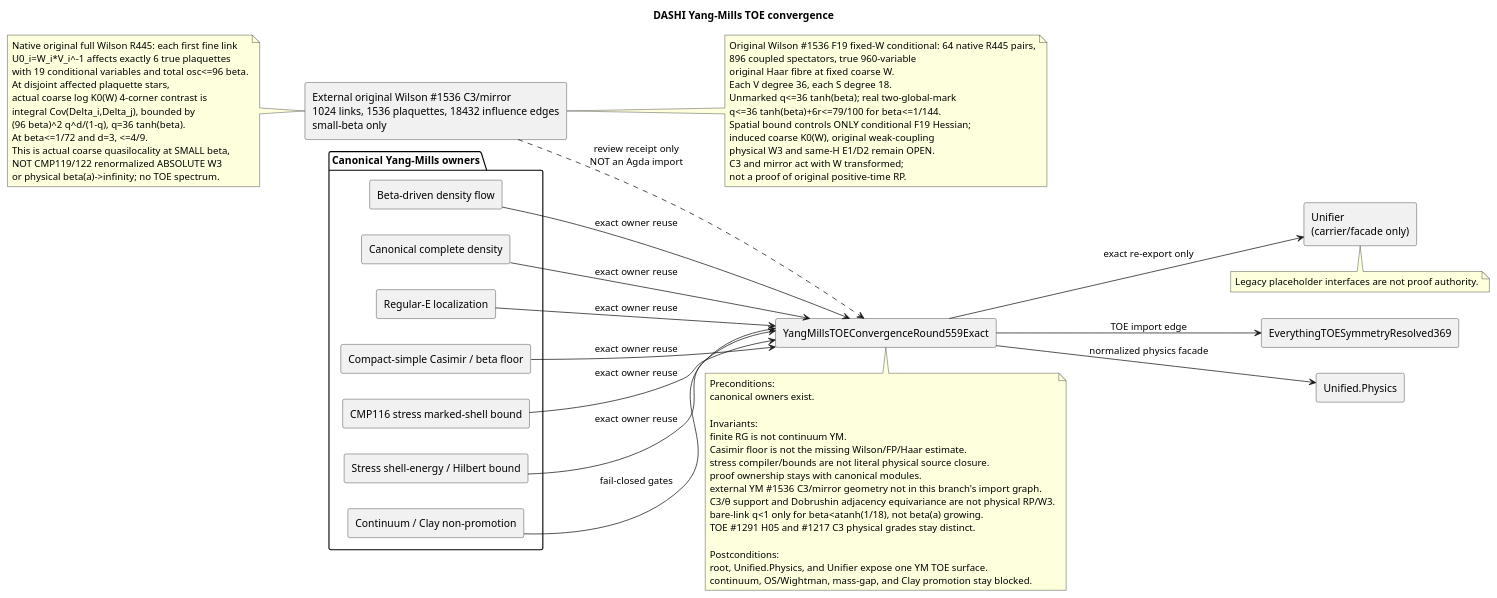
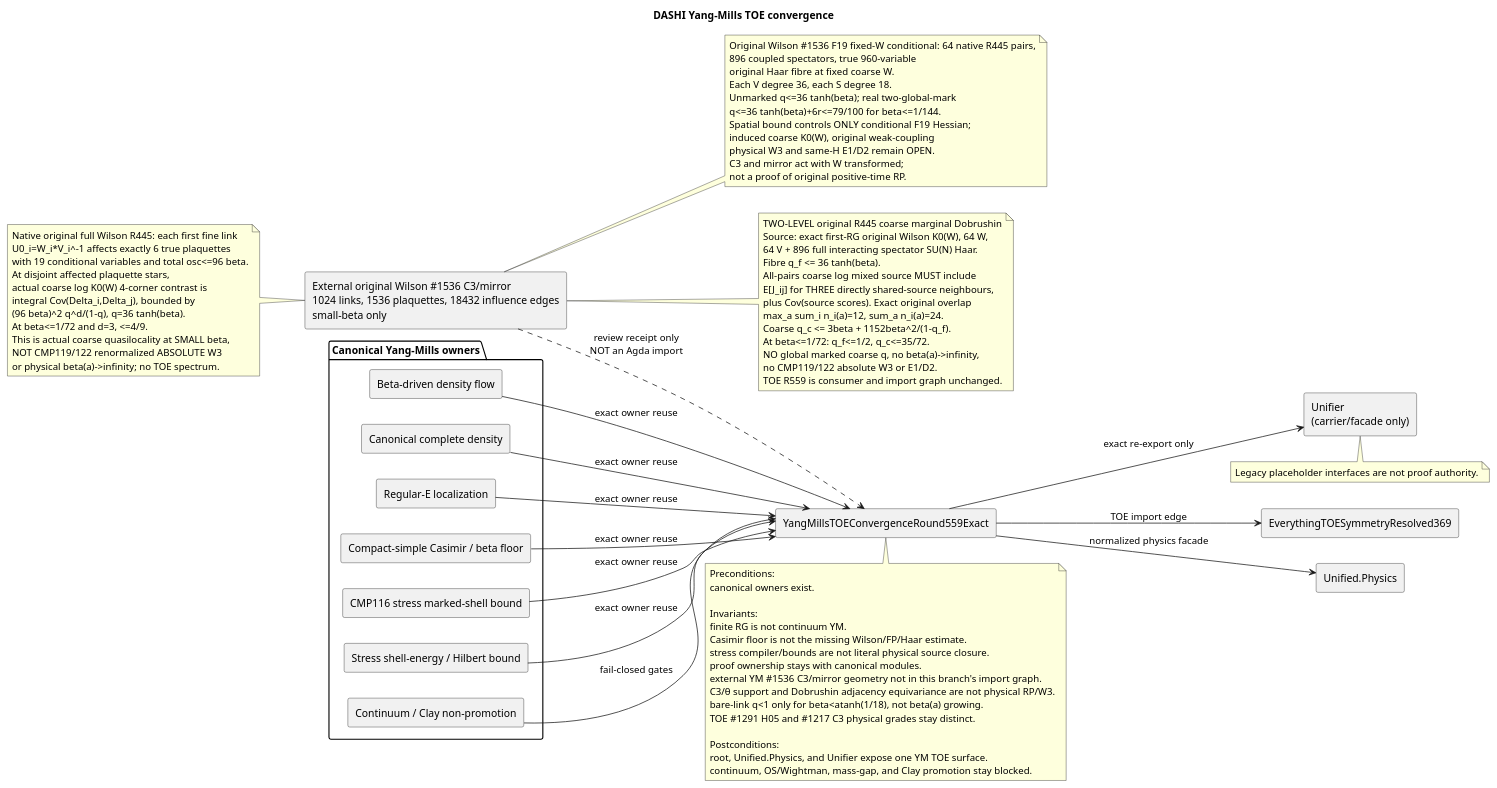
Before and after one commit to chboishabba/dashi_agda: the diagram in Docs/diagrams/ym_toe_r559_convergence.puml, drawn with PlantUML.

Commit message:
TOE R559: consume original Wilson genuine two-level R445 q_f<=1/2 and coarse q_c<=35/72 only as external strong-coupling source

```diff
--- a/Docs/diagrams/ym_toe_r559_convergence.puml
+++ b/Docs/diagrams/ym_toe_r559_convergence.puml
@@ -1,88 +1,106 @@
 @startuml
 title DASHI Yang-Mills TOE convergence
 
 left to right direction
 skinparam componentStyle rectangle
 
 package "Canonical Yang-Mills owners" {
   component "Beta-driven density flow" as Beta
   component "Canonical complete density" as Density
   component "Regular-E localization" as RegularE
   component "Compact-simple Casimir / beta floor" as Casimir
   component "CMP116 stress marked-shell bound" as StressShell
   component "Stress shell-energy / Hilbert bound" as StressHilbert
   component "Continuum / Clay non-promotion" as NonPromotion
 }
 
 component "External original Wilson #1536 C3/mirror\n1024 links, 1536 plaquettes, 18432 influence edges\nsmall-beta only" as OriginalWilsonC3
 component "YangMillsTOEConvergenceRound559Exact" as YMTOE
 component "EverythingTOESymmetryResolved369" as Root
 component "Unified.Physics" as UnifiedPhysics
 component "Unifier\n(carrier/facade only)" as Unifier
 
 Beta --> YMTOE : exact owner reuse
 Density --> YMTOE : exact owner reuse
 RegularE --> YMTOE : exact owner reuse
 Casimir --> YMTOE : exact owner reuse
 StressShell --> YMTOE : exact owner reuse
 StressHilbert --> YMTOE : exact owner reuse
 NonPromotion --> YMTOE : fail-closed gates
 OriginalWilsonC3 ..> YMTOE : review receipt only\nNOT an Agda import
 
 YMTOE --> Root : TOE import edge
 YMTOE --> UnifiedPhysics : normalized physics facade
 YMTOE --> Unifier : exact re-export only
 
 note bottom of YMTOE
 Preconditions:
 canonical owners exist.
 
 Invariants:
 finite RG is not continuum YM.
 Casimir floor is not the missing Wilson/FP/Haar estimate.
 stress compiler/bounds are not literal physical source closure.
 proof ownership stays with canonical modules.
 external YM #1536 C3/mirror geometry not in this branch's import graph.
 C3/θ support and Dobrushin adjacency equivariance are not physical RP/W3.
 bare-link q<1 only for beta<atanh(1/18), not beta(a) growing.
 TOE #1291 H05 and #1217 C3 physical grades stay distinct.
 
 Postconditions:
 root, Unified.Physics, and Unifier expose one YM TOE surface.
 continuum, OS/Wightman, mass-gap, and Clay promotion stay blocked.
 end note
 
 note bottom of Unifier
 Legacy placeholder interfaces are not proof authority.
 end note
 
 ' 22-Nov external source receipt; graph/counts proven locally, not merged Agda
 note right of OriginalWilsonC3
 Original Wilson #1536 F19 fixed-W conditional: 64 native R445 pairs,
 896 coupled spectators, true 960-variable
 original Haar fibre at fixed coarse W.
 Each V degree 36, each S degree 18.
 Unmarked q<=36 tanh(beta); real two-global-mark
 q<=36 tanh(beta)+6r<=79/100 for beta<=1/144.
 Spatial bound controls ONLY conditional F19 Hessian;
 induced coarse K0(W), original weak-coupling
 physical W3 and same-H E1/D2 remain OPEN.
 C3 and mirror act with W transformed;
 not a proof of original positive-time RP.
 end note
 
 ' 22-Nov stronger original Wilson first-R445 source: actual COARSE action
 note left of OriginalWilsonC3
 Native original full Wilson R445: each first fine link
 U0_i=W_i*V_i^-1 affects exactly 6 true plaquettes
 with 19 conditional variables and total osc<=96 beta.
 At disjoint affected plaquette stars,
 actual coarse log K0(W) 4-corner contrast is
 integral Cov(Delta_i,Delta_j), bounded by
 (96 beta)^2 q^d/(1-q), q=36 tanh(beta).
 At beta<=1/72 and d=3, <=4/9.
 This is actual coarse quasilocality at SMALL beta,
 NOT CMP119/122 renormalized ABSOLUTE W3
 or physical beta(a)->infinity; no TOE spectrum.
 end note
+
+' TWO-LEVEL original R445 coarse marginal Dobrushin: source-owned #1536,
+' NOT a local Agda theorem, NOT CMP119/122 weak-coupling W3.
+note right of OriginalWilsonC3
+TWO-LEVEL original R445 coarse marginal Dobrushin
+Source: exact first-RG original Wilson K0(W), 64 W,
+64 V + 896 full interacting spectator SU(N) Haar.
+Fibre q_f <= 36 tanh(beta).
+All-pairs coarse log mixed source MUST include
+E[J_ij] for THREE directly shared-source neighbours,
+plus Cov(source scores). Exact original overlap
+max_a sum_i n_i(a)=12, sum_a n_i(a)=24.
+Coarse q_c <= 3beta + 1152beta^2/(1-q_f).
+At beta<=1/72: q_f<=1/2, q_c<=35/72.
+NO global marked coarse q, no beta(a)->infinity,
+no CMP119/122 absolute W3 or E1/D2.
+TOE R559 is consumer and import graph unchanged.
+end note
 @enduml
```
